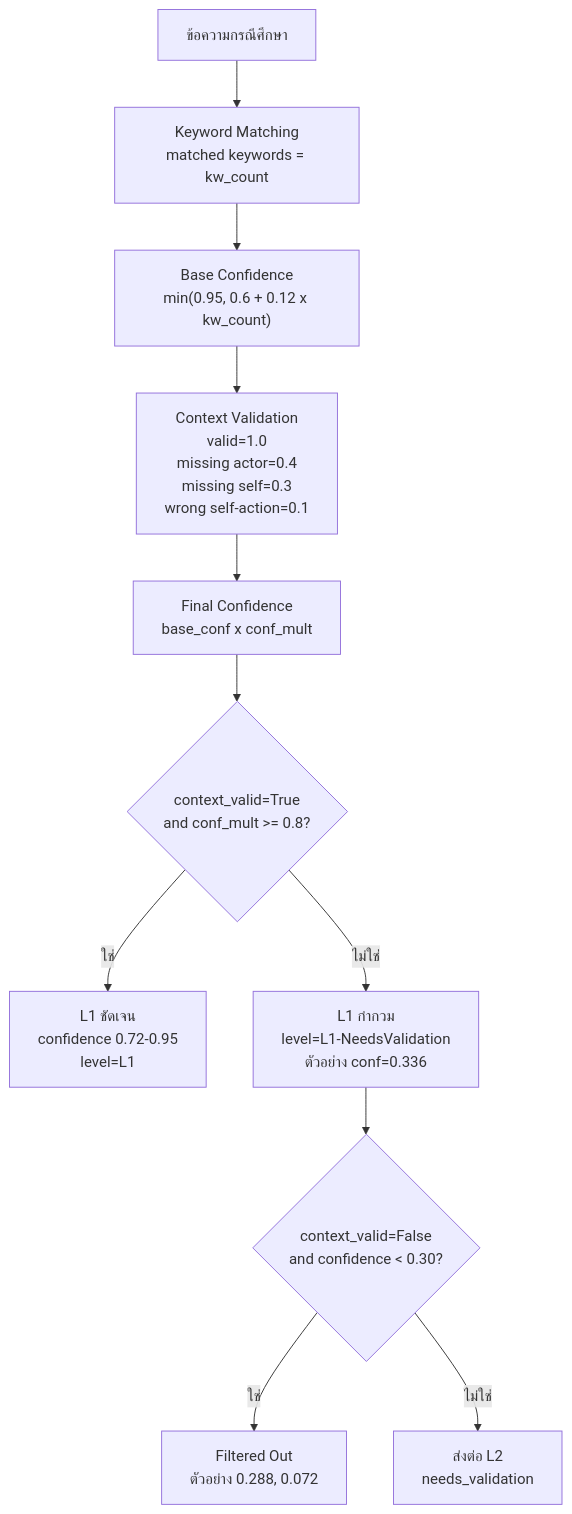
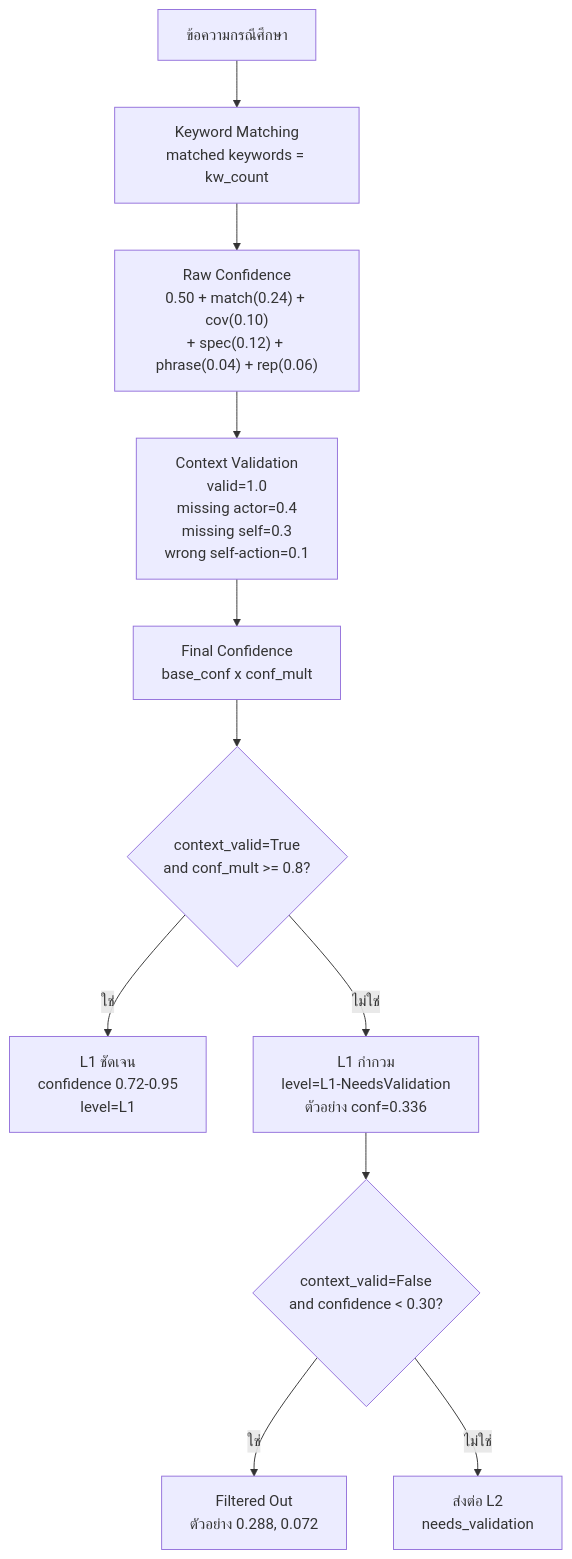
One commit to Mickeychay/thesis_one- changed the fifth of 9 diagrams in md_report/thesis_full_ch3_methodology.md. Above: the diagram before and after it, drawn with Mermaid. The commit also changed other lines of this file and 7 other files, not shown here.

````diff
--- a/md_report/thesis_full_ch3_methodology.md
+++ b/md_report/thesis_full_ch3_methodology.md
@@ -219,13 +229,13 @@
 ```mermaid
 flowchart TD
     A["ข้อความกรณีศึกษา"] --> B["Keyword Matching<br/>matched keywords = kw_count"]
-    B --> C["Base Confidence<br/>min(0.95, 0.6 + 0.12 x kw_count)"]
+    B --> C["Raw Confidence<br/>0.50 + match(0.24) + cov(0.10)<br/>+ spec(0.12) + phrase(0.04) + rep(0.06)"]
     C --> D["Context Validation<br/>valid=1.0<br/>missing actor=0.4<br/>missing self=0.3<br/>wrong self-action=0.1"]
     D --> E["Final Confidence<br/>base_conf x conf_mult"]
     E --> F{"context_valid=True<br/>and conf_mult >= 0.8?"}
     F -->|ใช่| G["L1 ชัดเจน<br/>confidence 0.72-0.95<br/>level=L1"]
     F -->|ไม่ใช่| H["L1 กำกวม<br/>level=L1-NeedsValidation<br/>ตัวอย่าง conf=0.336"]
     H --> I{"context_valid=False<br/>and confidence &lt; 0.30?"}
     I -->|ใช่| J["Filtered Out<br/>ตัวอย่าง 0.288, 0.072"]
     I -->|ไม่ใช่| K["ส่งต่อ L2<br/>needs_validation"]
 ```
````
